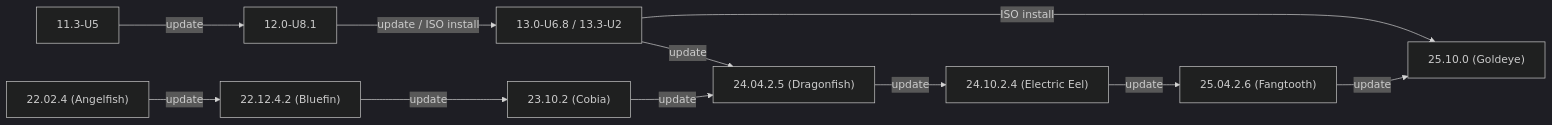
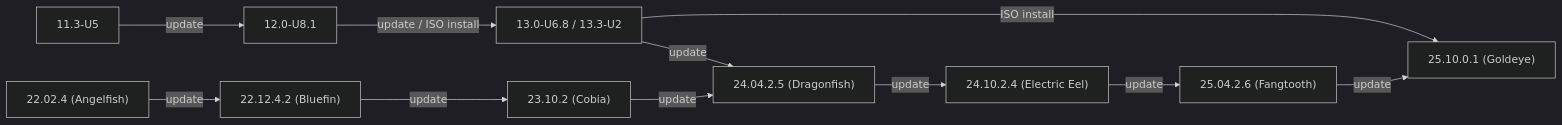
The first of 2 diagrams in static/includes/SCALEUpgradePaths.md (truenas/documentation), drawn with Mermaid (dark theme) before and after one commit. The commit also changed 4 other files, not shown here.

```diff
--- a/static/includes/SCALEUpgradePaths.md
+++ b/static/includes/SCALEUpgradePaths.md
@@ -21,14 +21,14 @@
             {{< mermaid class="mermaid_sizing" >}}
             flowchart LR
               A["11.3-U5"] -->|update| B["12.0-U8.1"]
               B -->|"update / ISO install"| C["13.0-U6.8 / 13.3-U2"]
               C -->|update| G
               C -->|ISO install| J
               D["22.02.4 (Angelfish)"] -->|update| E
               E["22.12.4.2 (Bluefin)"] -->|update| F
               F["23.10.2 (Cobia)"] -->|update| G
               G["24.04.2.5 (Dragonfish)"] -->|update| H
               H["24.10.2.4 (Electric Eel)"] -->|update| I
               I["25.04.2.6 (Fangtooth)"] -->|"update"| J
-            J["25.10.0 (Goldeye)"]
+            J["25.10.0.1 (Goldeye)"]
             {{< /mermaid >}}
```
